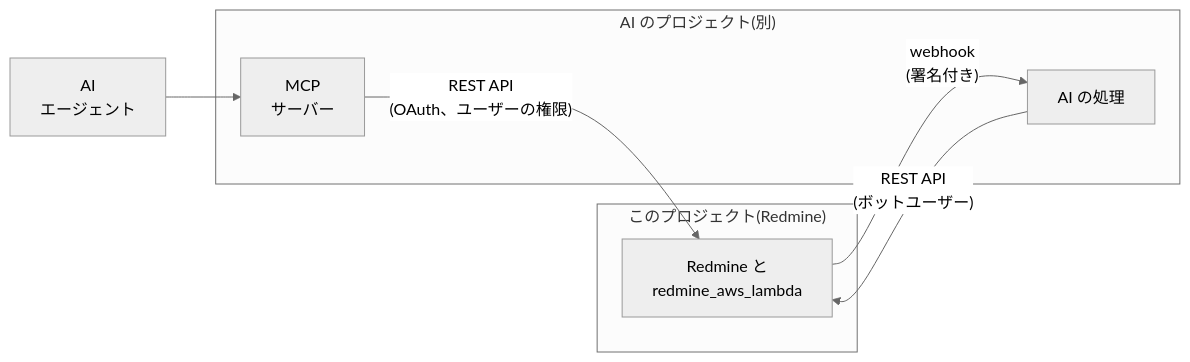
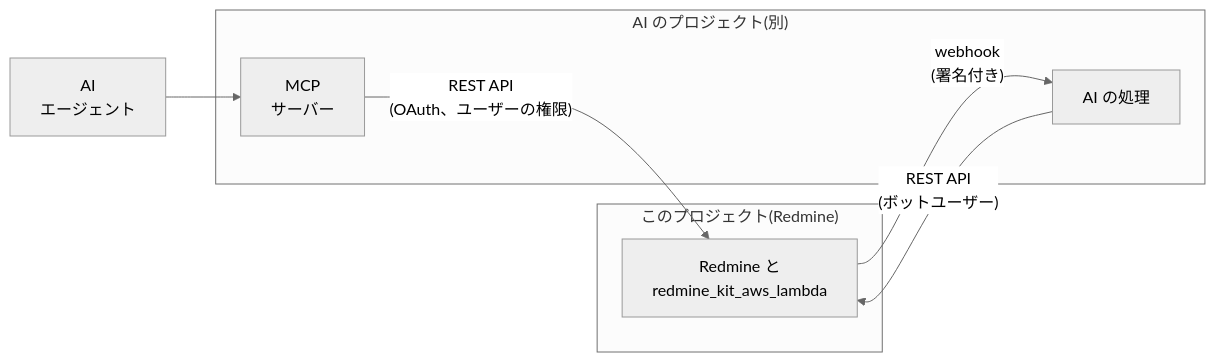
Before and after one commit to redmine-kit/serverless: the diagram in docs/ja/ai.md, drawn with Mermaid (neutral theme). The commit also changed 42 other files, not shown here.

First line of the commit message:
Use the Redmine Kit AWS plugins' new names

````diff
--- a/docs/ja/ai.md
+++ b/docs/ja/ai.md
@@ -15,16 +15,16 @@
 ```mermaid
 flowchart LR
   subgraph this["このプロジェクト(Redmine)"]
-    redmine["Redmine と<br>redmine_aws_lambda"]
+    redmine["Redmine と<br>redmine_kit_aws_lambda"]
   end
   subgraph ai["AI のプロジェクト(別)"]
     worker["AI の処理"]
     mcp["MCP<br>サーバー"]
   end
   agent["AI<br>エージェント"]
 
   redmine -- "webhook<br>(署名付き)" --> worker
   worker -- "REST API<br>(ボットユーザー)" --> redmine
   agent --> mcp
   mcp -- "REST API<br>(OAuth、ユーザーの権限)" --> redmine
 ```
````
